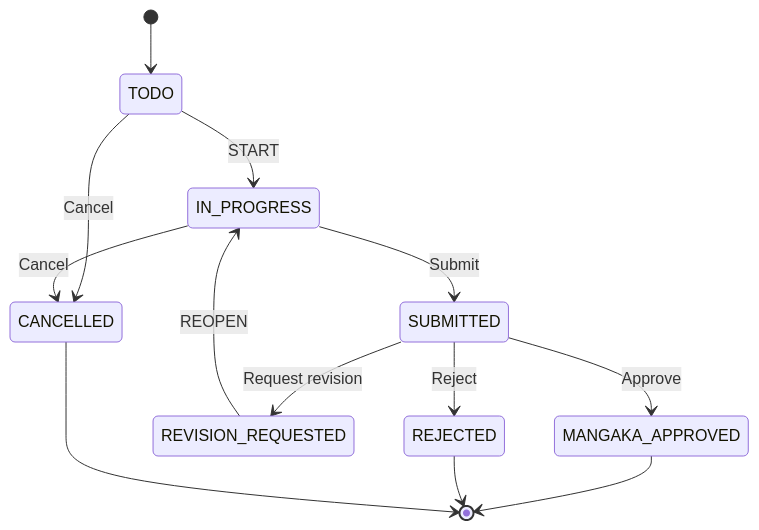
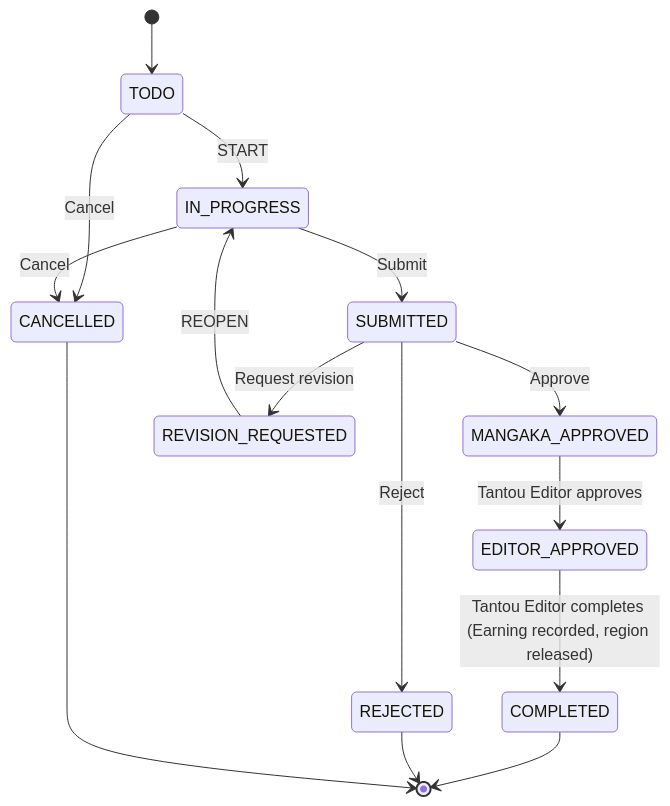
One commit to ntu254/MangaFlow changed the fourth of 7 diagrams in BUSINESS_CANONICAL_FLOW.md. Above: the diagram before and after it, drawn with Mermaid. The commit also changed other lines of this file and 5 other files, not shown here.

Commit message:
docs: sync business flows and master doc to earn-at-COMPLETE model

````diff
--- a/BUSINESS_CANONICAL_FLOW.md
+++ b/BUSINESS_CANONICAL_FLOW.md
@@ -347,15 +347,17 @@
 ```mermaid
 stateDiagram-v2
   [*] --> TODO
   TODO --> IN_PROGRESS: START
   IN_PROGRESS --> SUBMITTED: Submit
   SUBMITTED --> MANGAKA_APPROVED: Approve
   SUBMITTED --> REVISION_REQUESTED: Request revision
   REVISION_REQUESTED --> IN_PROGRESS: REOPEN
   SUBMITTED --> REJECTED: Reject
   TODO --> CANCELLED: Cancel
   IN_PROGRESS --> CANCELLED: Cancel
-  MANGAKA_APPROVED --> [*]
+  MANGAKA_APPROVED --> EDITOR_APPROVED: Tantou Editor approves
+  EDITOR_APPROVED --> COMPLETED: Tantou Editor completes (Earning recorded, region released)
+  COMPLETED --> [*]
   REJECTED --> [*]
   CANCELLED --> [*]
 ```
````
